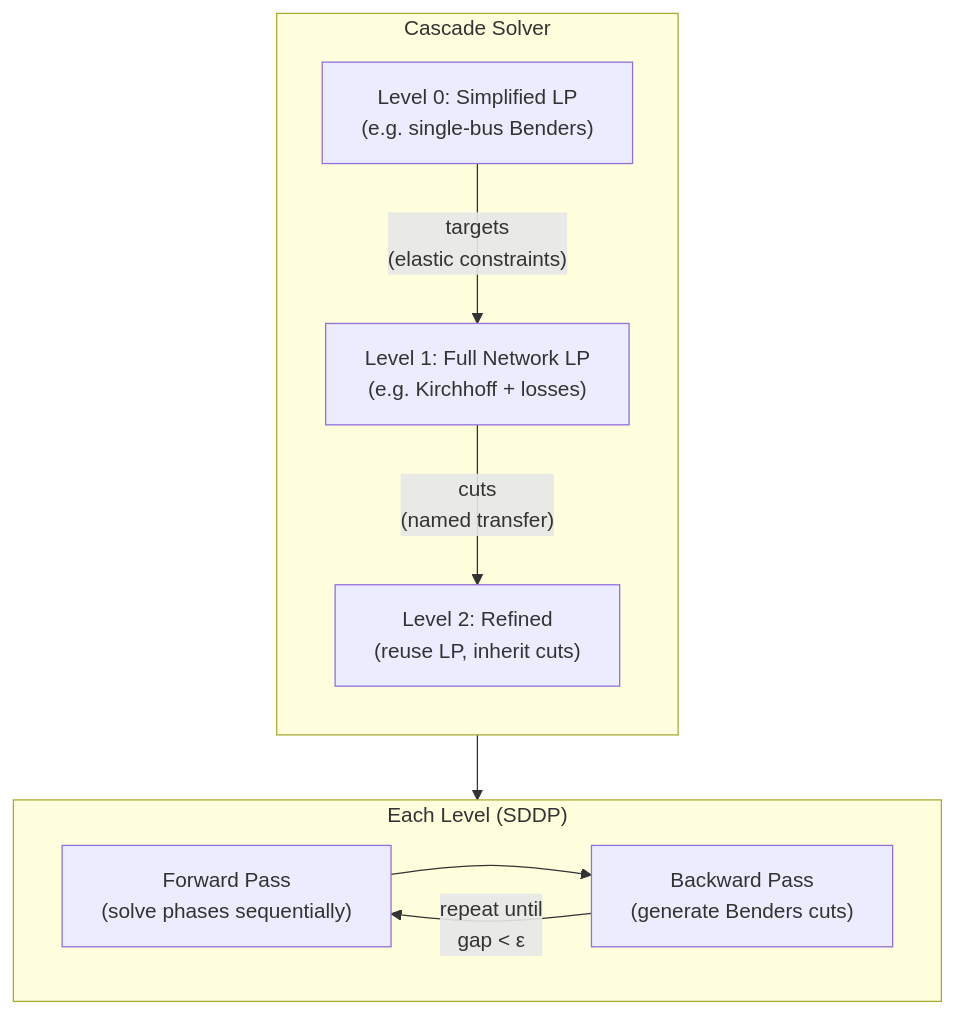
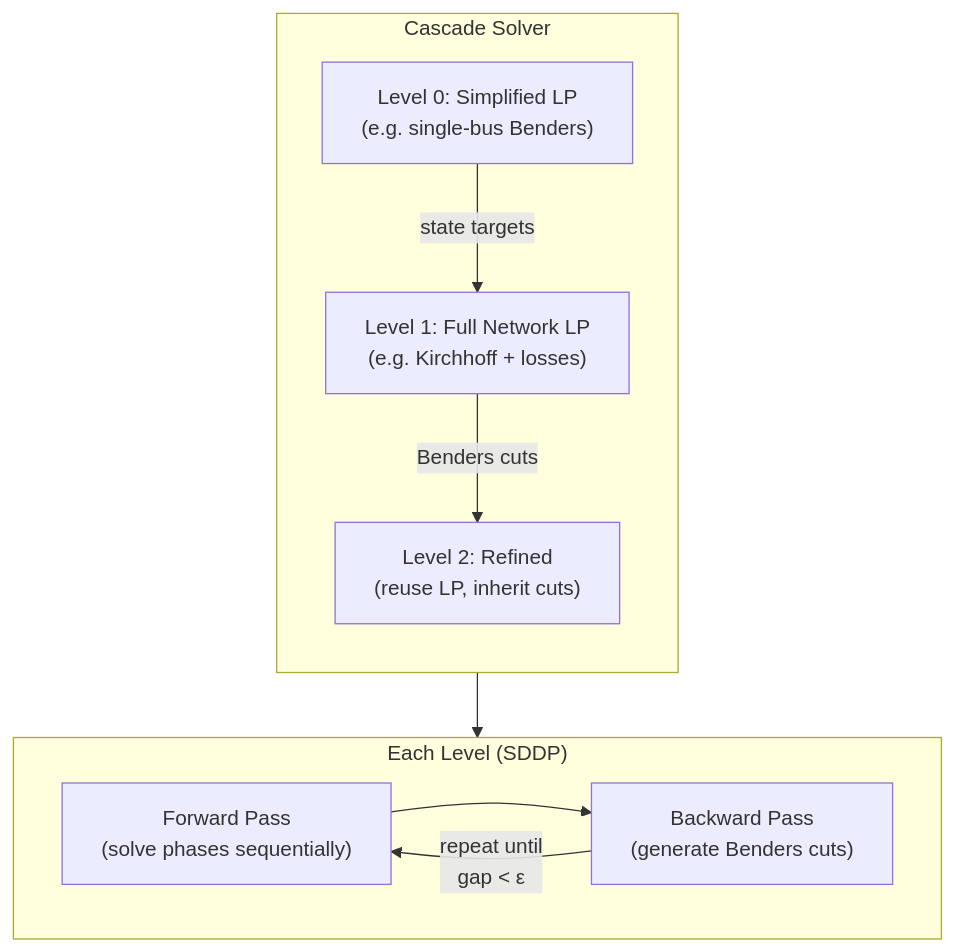
One commit to marcelomatus/gtopt changed the first of 3 diagrams in docs/CASCADE_SOLVER.md. Above: the diagram before and after it, drawn with Mermaid. The commit also changed 3 other files, not shown here.

````diff
--- a/docs/CASCADE_SOLVER.md
+++ b/docs/CASCADE_SOLVER.md
@@ -37,22 +37,22 @@
 ```mermaid
 flowchart TD
     subgraph cascade["Cascade Solver"]
         direction TB
         L0["Level 0: Simplified LP<br/>(e.g. single-bus Benders)"]
         L1["Level 1: Full Network LP<br/>(e.g. Kirchhoff + losses)"]
         L2["Level 2: Refined<br/>(reuse LP, inherit cuts)"]
 
-        L0 -->|"targets<br/>(elastic constraints)"| L1
-        L1 -->|"cuts<br/>(named transfer)"| L2
+        L0 -->|"state targets"| L1
+        L1 -->|"Benders cuts"| L2
     end
 
     subgraph level["Each Level (SDDP)"]
         direction LR
         FW["Forward Pass<br/>(solve phases sequentially)"]
         BW["Backward Pass<br/>(generate Benders cuts)"]
         FW --> BW
         BW -->|"repeat until<br/>gap < ε"| FW
     end
 
     cascade --> level
 ```
````
